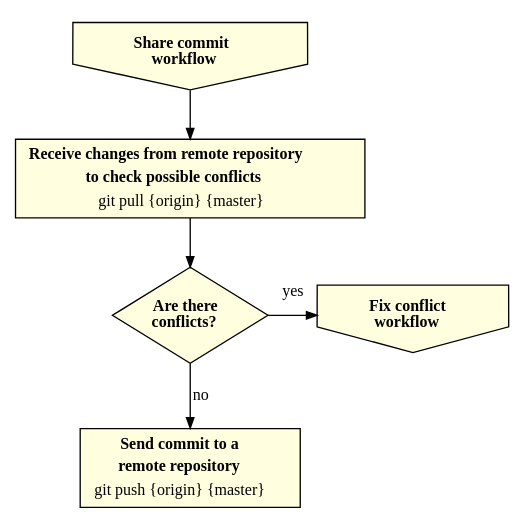
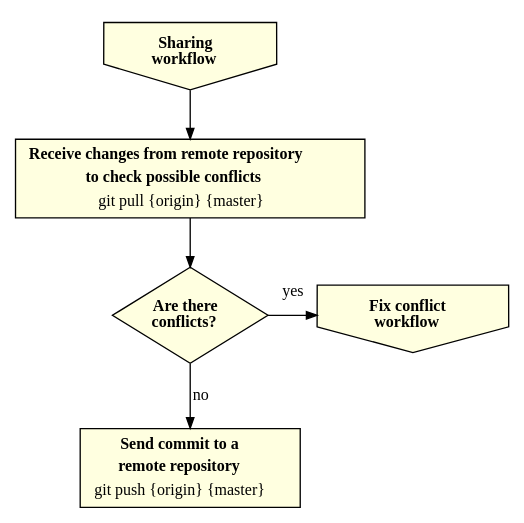
The diagram in flowchart/sharing-workflow.gv (fabriciofx/gitflowchart), drawn with Graphviz before and after one commit. The commit also changed 7 other files, not shown here.

```diff
--- a/flowchart/sharing-workflow.gv
+++ b/flowchart/sharing-workflow.gv
@@ -1,63 +1,63 @@
 digraph sharingworkflow {
     splines = line;
 
     edge [
         arrowsize = 0.8,
         fontname = "Verdana",
         fontsize = 12
     ]
 
     node [
         shape = rect,
         style = filled,
         fillcolor = lightyellow,
         fontname = "Verdana",
         fontsize = 12
     ]
 
     // workflow
-    share_commit [
+    sharing_workflow [
         shape = invhouse,
-        label = <<b>Share commit<br/>workflow</b>>
+        label = <<b>Sharing<br/>workflow</b>>
     ]
-    fix_conflicts [
+    fix_conflicts_workflow [
         shape = invhouse,
         label = <<b>Fix conflict<br/>workflow</b>>
     ]
 
     // decisions
     are_there_conflicts [
         shape = diamond,
         label = <<b>Are there<br/>conflicts?</b>>,
         height = 1
     ]
 
     // commands
     git_pull [
         label = <
             <table border="0" cellborder="0" cellspacing="0">
             <tr><td><b>Receive changes from remote repository</b></td></tr>
             <tr><td><b>to check possible conflicts</b></td></tr>
             <tr><td>git pull {origin} {master}</td></tr>
             </table>
         >
     ]
     git_push [
         label = <
             <table border="0" cellborder="0" cellspacing="0">
             <tr><td><b>Send commit to a</b></td></tr>
             <tr><td><b>remote repository</b></td></tr>
             <tr><td>git push {origin} {master}</td></tr>
             </table>
         >
     ]
 
     // relations
-    share_commit -> git_pull
+    sharing_workflow -> git_pull
     git_pull -> are_there_conflicts
     are_there_conflicts -> git_push [label = "no"]
-    are_there_conflicts:e -> fix_conflicts [label = "yes", constraint = false]
+    are_there_conflicts:e -> fix_conflicts_workflow [label = "yes", constraint = false]
 
-    // put are_there_conflicts and fix_conflicts in the same row
-    { rank = same; are_there_conflicts; fix_conflicts; }
+    // put are_there_conflicts and fix_conflicts_workflow in the same row
+    { rank = same; are_there_conflicts; fix_conflicts_workflow; }
 }
```
